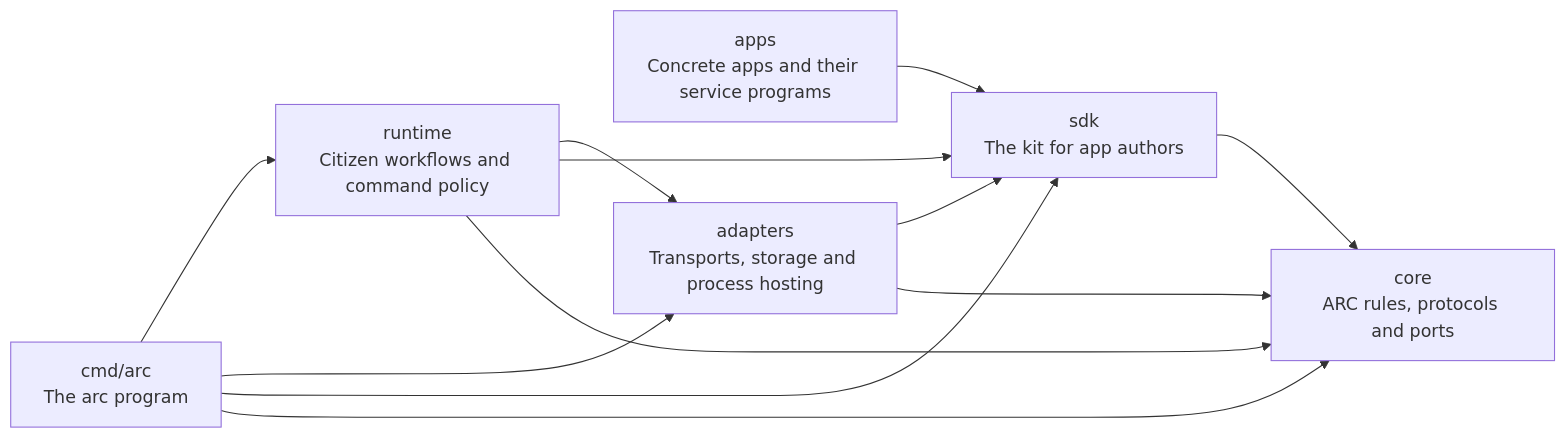
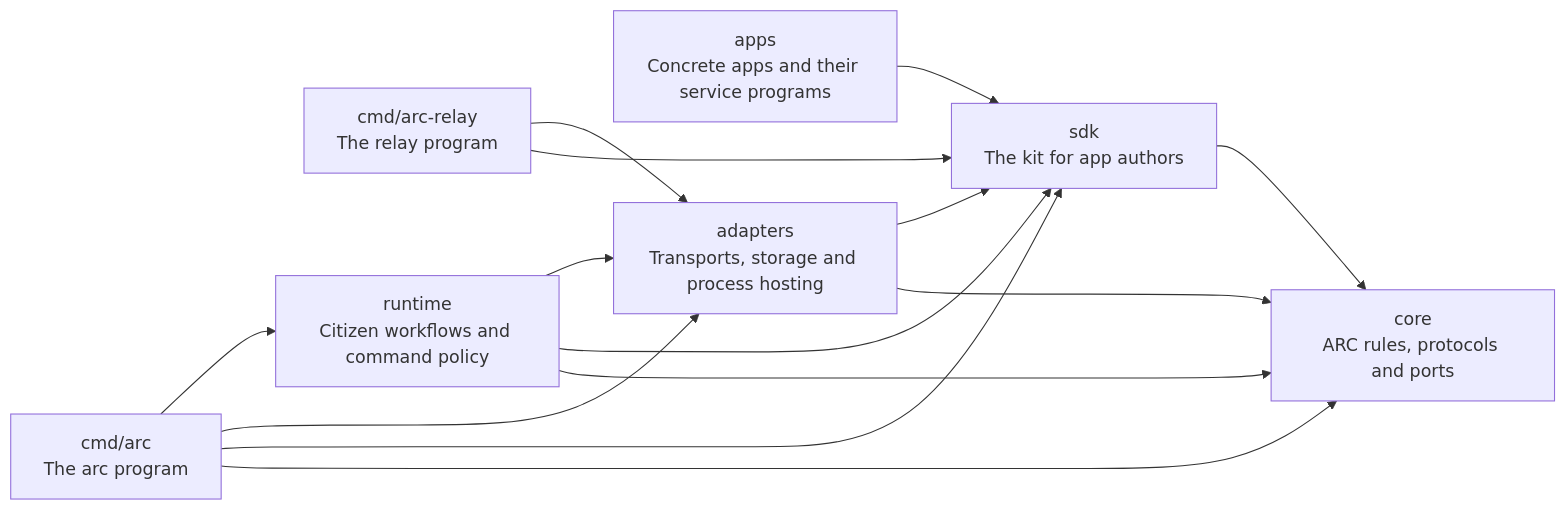
Before and after one commit to gezibash/arc: the diagram in docs/ARCHITECTURE.md, drawn with Mermaid. The commit also changed other lines of this file and 2 other files, not shown here.

Commit message:
docs: state the program rule and the 600-line file rule, and name arc-relay

````diff
--- a/docs/ARCHITECTURE.md
+++ b/docs/ARCHITECTURE.md
@@ -7,20 +7,23 @@
 ```mermaid
 flowchart LR
     ARC["cmd/arc<br/>The arc program"]
+    RELAY["cmd/arc-relay<br/>The relay program"]
     APPS["apps<br/>Concrete apps and their service programs"]
     RUNTIME["runtime<br/>Citizen workflows and command policy"]
     ADAPTER["adapters<br/>Transports, storage and process hosting"]
     SDK["sdk<br/>The kit for app authors"]
     CORE["core<br/>ARC rules, protocols and ports"]
     ARC --> RUNTIME
     ARC --> ADAPTER
     ARC --> SDK
     ARC --> CORE
+    RELAY --> ADAPTER
+    RELAY --> SDK
     APPS --> SDK
     RUNTIME --> ADAPTER
     RUNTIME --> SDK
     RUNTIME --> CORE
     ADAPTER --> SDK
     ADAPTER --> CORE
     SDK --> CORE
 ```
````
